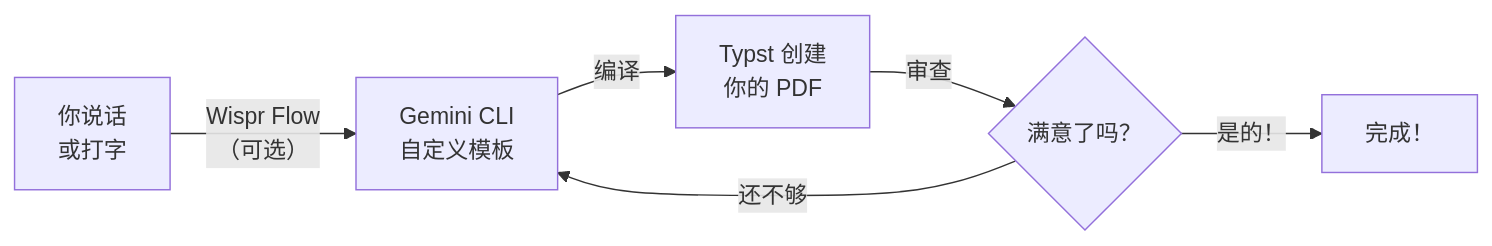
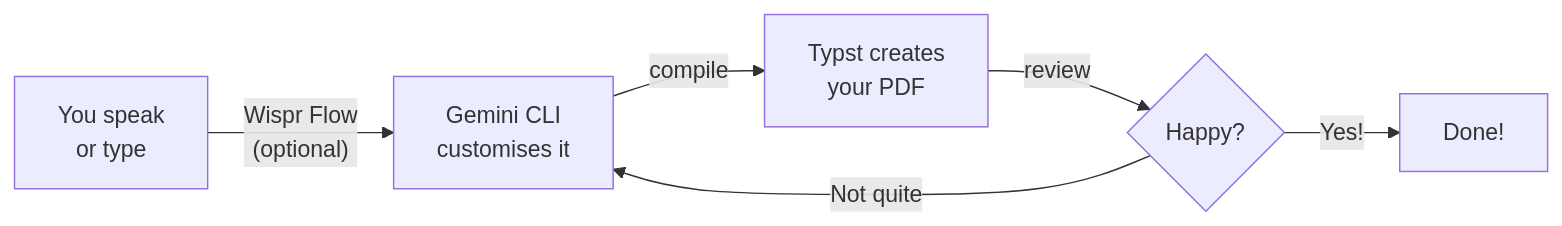
The diagram in versioned_docs/version-2026-her-waka/tutorial/professional-pdf/build-first-pdf.mdx (ChanMeng666/ai-programming-teaching-project), drawn with Mermaid before and after one commit. The commit also changed other lines of this file and 472 other files, not shown here.

````diff
--- a/versioned_docs/version-2026-her-waka/tutorial/professional-pdf/build-first-pdf.mdx
+++ b/versioned_docs/version-2026-her-waka/tutorial/professional-pdf/build-first-pdf.mdx
@@ -16,8 +16,8 @@
 ```mermaid
 flowchart LR
-    A["你说话\n或打字"] -->|"Wispr Flow\n（可选）"| B["Gemini CLI\n自定义模板"]
-    B -->|"编译"| C["Typst 创建\n你的 PDF"]
-    C -->|"审查"| D{"满意了吗？"}
-    D -->|"还不够"| B
-    D -->|"是的！"| E["完成！"]
+    A["You speak\nor type"] -->|"Wispr Flow\n(optional)"| B["Gemini CLI\ncustomises it"]
+    B -->|"compile"| C["Typst creates\nyour PDF"]
+    C -->|"review"| D{"Happy?"}
+    D -->|"Not quite"| B
+    D -->|"Yes!"| E["Done!"]
 ```
````
